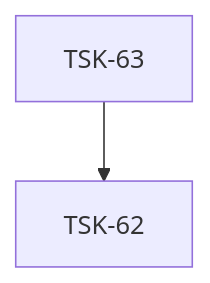
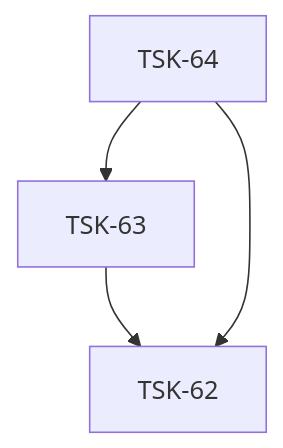
The diagram in tasks/agent-run/README.md (RubaXa/gennady), drawn with Mermaid before and after one commit. The commit also changed other lines of this file and 8 other files, not shown here.

````diff
--- a/tasks/agent-run/README.md
+++ b/tasks/agent-run/README.md
@@ -30,4 +30,6 @@
 ```mermaid
 graph TD
   TSK-63 --> TSK-62
+  TSK-64 --> TSK-62
+  TSK-64 --> TSK-63
 ```
````
